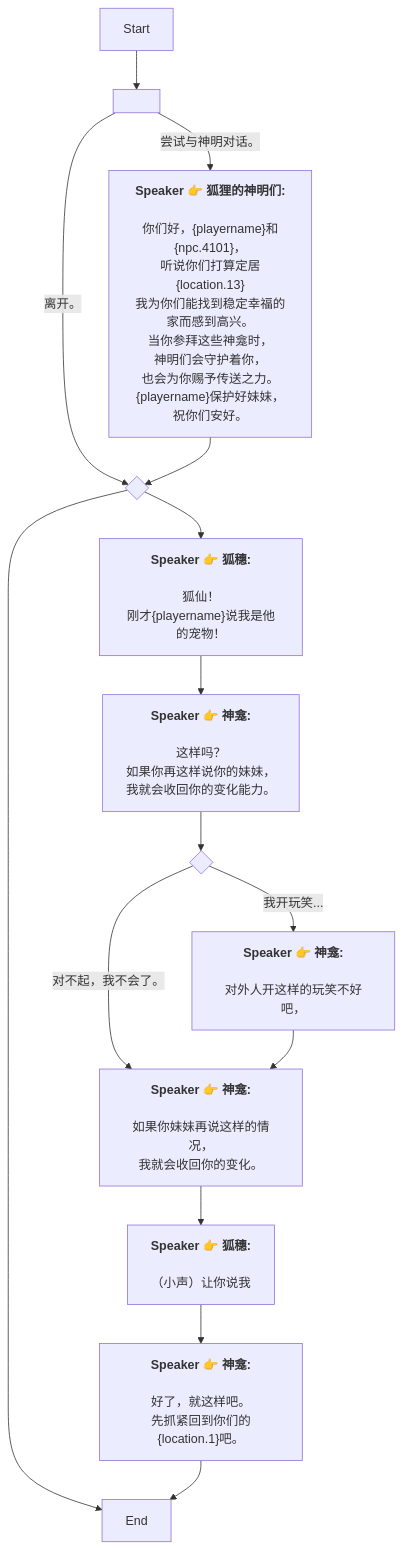
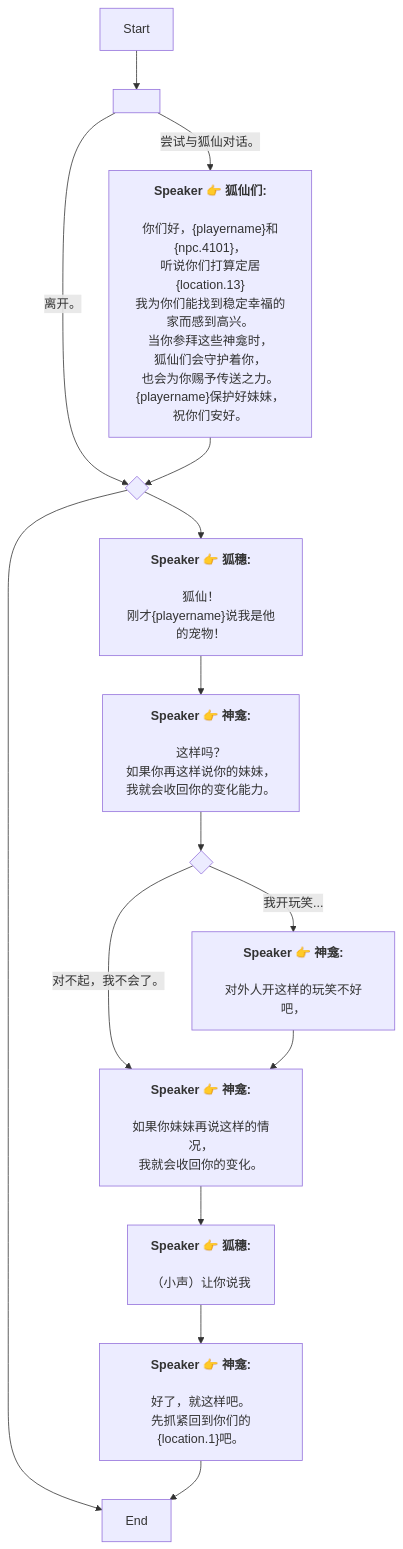
Before and after one commit to SoftHu/tos_avg: the diagram in Zh/QuestStartTalkENode_1738566732211423.md, drawn with Mermaid. The commit also changed 312 other files, not shown here.

````diff
--- a/Zh/QuestStartTalkENode_1738566732211423.md
+++ b/Zh/QuestStartTalkENode_1738566732211423.md
@@ -1,47 +1,47 @@
 ```mermaid
 graph
 Start -->1738567855327459[ ]
-1738567855327459 -->|尝试与神明对话。|1738567884438762[<b>Speaker 👉 狐狸的神明们:</b>
+1738567855327459 -->|尝试与狐仙对话。|1738567884438762[<b>Speaker 👉 狐仙们:</b>
 
 你们好，&lbrace;playername&rbrace;和&lbrace;npc.4101&rbrace;，
 听说你们打算定居&lbrace;location.13&rbrace;
 我为你们能找到稳定幸福的家而感到高兴。
 当你参拜这些神龛时，
-神明们会守护着你，
+狐仙们会守护着你，
 也会为你赐予传送之力。
 &lbrace;playername&rbrace;保护好妹妹，
 祝你们安好。]
 1738567855327459 -->|离开。|1751470926328118[ ]
 1738567884438762 -->1751470926328118{ }
 1751470926328118 -->1751470966013239[<b>Speaker 👉 狐穗:</b>
 
 狐仙！
 刚才&lbrace;playername&rbrace;说我是他的宠物！]
 1751470926328118 -->1738567876941033[End]
 1751470966013239 -->1751471393183033[<b>Speaker 👉 神龛:</b>
 
 这样吗？
 如果你再这样说你的妹妹，
 我就会收回你的变化能力。]
 1751471393183033 -->1751471339447608{ }
 1751471339447608 -->|我开玩笑...|1751471477905726[<b>Speaker 👉 神龛:</b>
 
 对外人开这样的玩笑不好吧，]
 1751471339447608 -->|对不起，我不会了。|1751471591685440[<b>Speaker 👉 神龛:</b>
 
 如果你妹妹再说这样的情况，
 我就会收回你的变化。]
 1751471477905726 -->1751471591685440[<b>Speaker 👉 神龛:</b>
 
 如果你妹妹再说这样的情况，
 我就会收回你的变化。]
 1751471591685440 -->1751471518734655[<b>Speaker 👉 狐穗:</b>
 
 （小声）让你说我]
 1751471518734655 -->1751471654534465[<b>Speaker 👉 神龛:</b>
 
 好了，就这样吧。
 先抓紧回到你们的&lbrace;location.1&rbrace;吧。]
 1751471654534465 -->1738567876941033[End]
 
  ```
````
